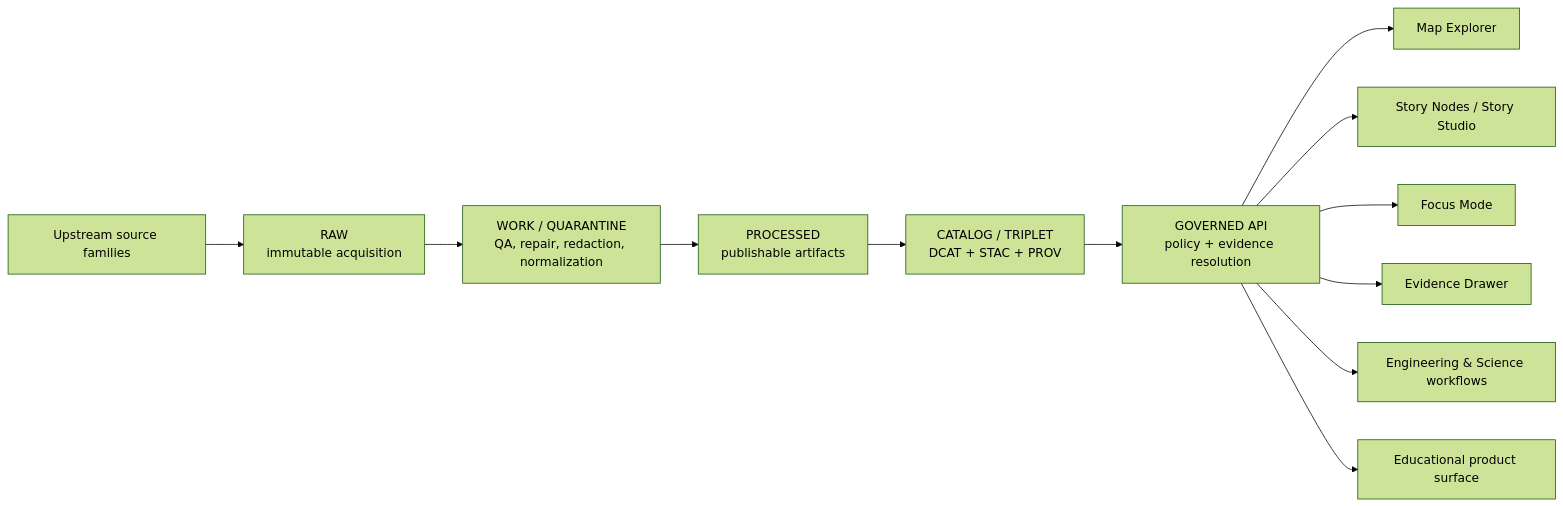
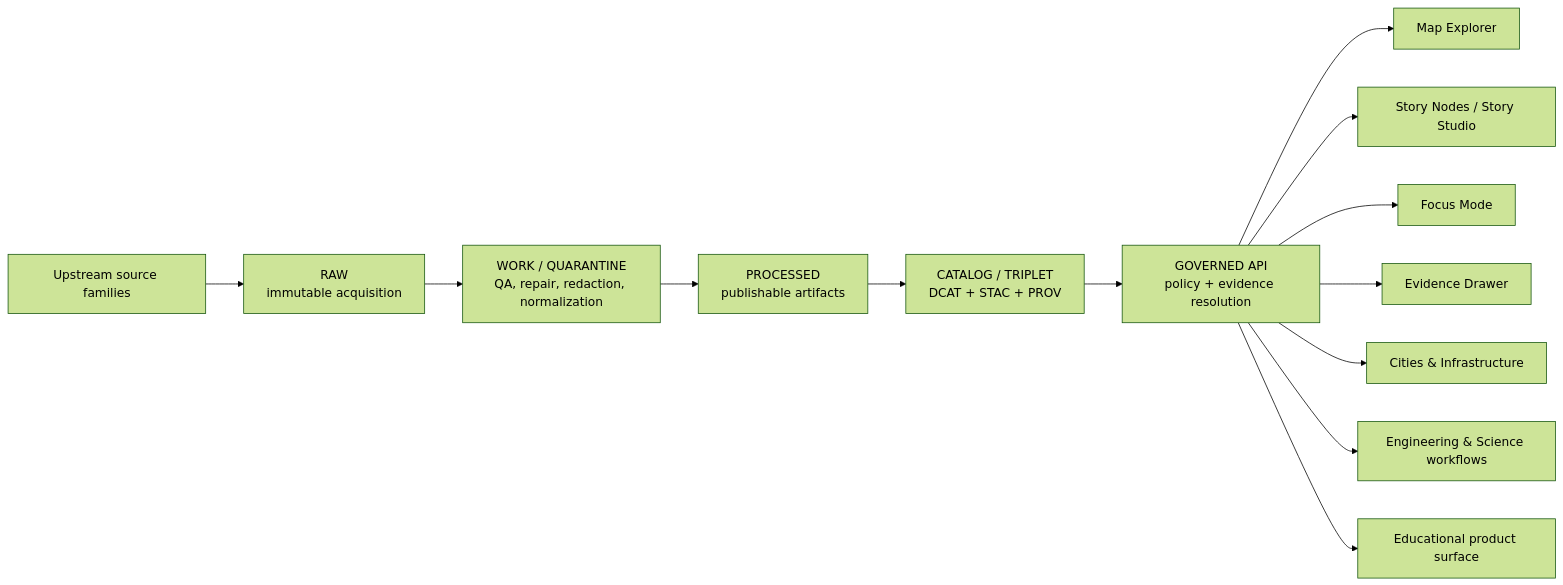
One commit to bartytime4life/Kansas-Frontier-Matrix changed the first of 3 diagrams in README.md. Above: the diagram before and after it, drawn with Mermaid (forest theme). The commit also changed other lines of this file, not shown here.

````diff
--- a/README.md
+++ b/README.md
@@ -99,14 +103,15 @@
 ```mermaid
 flowchart LR
     A[Upstream source families] --> B[RAW<br/>immutable acquisition]
     B --> C[WORK / QUARANTINE<br/>QA, repair, redaction, normalization]
     C --> D[PROCESSED<br/>publishable artifacts]
     D --> E[CATALOG / TRIPLET<br/>DCAT + STAC + PROV]
     E --> F[GOVERNED API<br/>policy + evidence resolution]
     F --> G[Map Explorer]
     F --> H[Story Nodes / Story Studio]
     F --> I[Focus Mode]
     F --> J[Evidence Drawer]
-    F --> K[Engineering & Science workflows]
-    F --> L[Educational product surface]
+    F --> K[Cities & Infrastructure]
+    F --> L[Engineering & Science workflows]
+    F --> M[Educational product surface]
 ```
````
